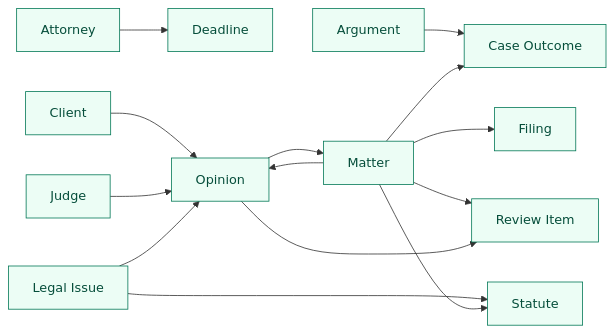
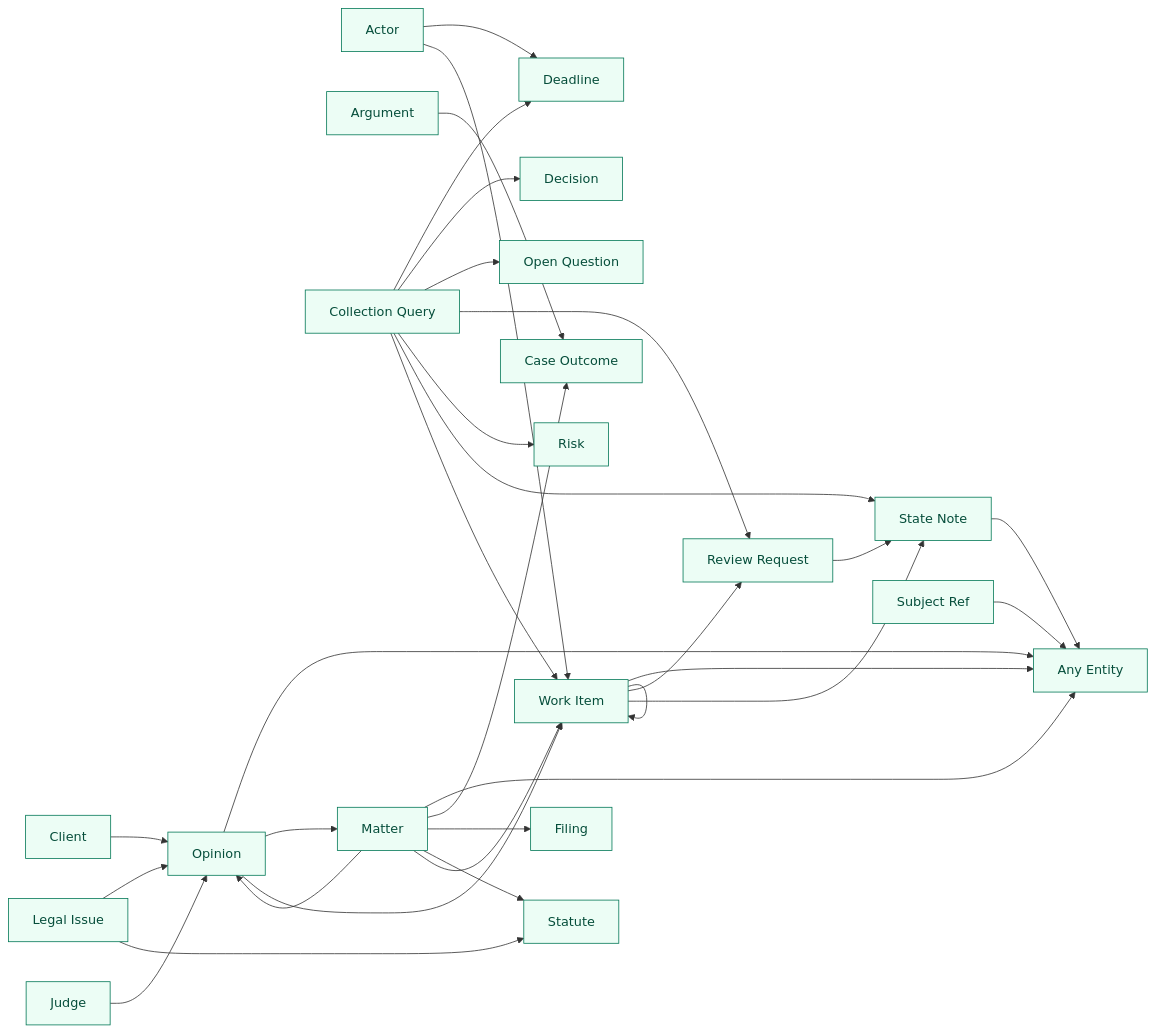
One commit to cruxible-ai/cruxible changed the third of 3 diagrams in kits/case-law-monitoring/README.md. Above: the diagram before and after it, drawn with Mermaid. The commit also changed other lines of this file and 13 other files, not shown here.

````diff
--- a/kits/case-law-monitoring/README.md
+++ b/kits/case-law-monitoring/README.md
@@ -443,31 +472,56 @@
 ```mermaid
 flowchart LR
   classDef queryEntity fill:#ecfdf5,stroke:#047857,color:#064e3b
 
+  query_entity_Actor["Actor"]
+  query_entity_AnyEntity["Any Entity"]
   query_entity_Argument["Argument"]
-  query_entity_Attorney["Attorney"]
   query_entity_CaseOutcome["Case Outcome"]
   query_entity_Client["Client"]
+  query_entity_Collection_query["Collection Query"]
   query_entity_Deadline["Deadline"]
+  query_entity_Decision["Decision"]
   query_entity_Filing["Filing"]
   query_entity_Judge["Judge"]
   query_entity_LegalIssue["Legal Issue"]
   query_entity_Matter["Matter"]
+  query_entity_OpenQuestion["Open Question"]
   query_entity_Opinion["Opinion"]
-  query_entity_ReviewItem["Review Item"]
+  query_entity_ReviewRequest["Review Request"]
+  query_entity_Risk["Risk"]
+  query_entity_StateNote["State Note"]
   query_entity_Statute["Statute"]
-  class query_entity_Argument,query_entity_Attorney,query_entity_CaseOutcome,query_entity_Client,query_entity_Deadline,query_entity_Filing,query_entity_Judge,query_entity_LegalIssue,query_entity_Matter,query_entity_Opinion,query_entity_ReviewItem,query_entity_Statute queryEntity
+  query_entity_SubjectRef["Subject Ref"]
+  query_entity_WorkItem["Work Item"]
+  class query_entity_Actor,query_entity_AnyEntity,query_entity_Argument,query_entity_CaseOutcome,query_entity_Client,query_entity_Collection_query,query_entity_Deadline,query_entity_Decision,query_entity_Filing,query_entity_Judge,query_entity_LegalIssue,query_entity_Matter,query_entity_OpenQuestion,query_entity_Opinion,query_entity_ReviewRequest,query_entity_Risk,query_entity_StateNote,query_entity_Statute,query_entity_SubjectRef,query_entity_WorkItem queryEntity
+  query_entity_Actor --> query_entity_Deadline
+  query_entity_Actor --> query_entity_WorkItem
   query_entity_Argument --> query_entity_CaseOutcome
-  query_entity_Attorney --> query_entity_Deadline
   query_entity_Client --> query_entity_Opinion
+  query_entity_Collection_query --> query_entity_Deadline
+  query_entity_Collection_query --> query_entity_Decision
+  query_entity_Collection_query --> query_entity_OpenQuestion
+  query_entity_Collection_query --> query_entity_ReviewRequest
+  query_entity_Collection_query --> query_entity_Risk
+  query_entity_Collection_query --> query_entity_StateNote
+  query_entity_Collection_query --> query_entity_WorkItem
   query_entity_Judge --> query_entity_Opinion
   query_entity_LegalIssue --> query_entity_Opinion
   query_entity_LegalIssue --> query_entity_Statute
+  query_entity_Matter --> query_entity_AnyEntity
   query_entity_Matter --> query_entity_CaseOutcome
   query_entity_Matter --> query_entity_Filing
   query_entity_Matter --> query_entity_Opinion
-  query_entity_Matter --> query_entity_ReviewItem
   query_entity_Matter --> query_entity_Statute
+  query_entity_Matter --> query_entity_WorkItem
+  query_entity_Opinion --> query_entity_AnyEntity
   query_entity_Opinion --> query_entity_Matter
-  query_entity_Opinion --> query_entity_ReviewItem
+  query_entity_Opinion --> query_entity_WorkItem
+  query_entity_ReviewRequest --> query_entity_StateNote
+  query_entity_StateNote --> query_entity_AnyEntity
+  query_entity_SubjectRef --> query_entity_AnyEntity
+  query_entity_WorkItem --> query_entity_AnyEntity
+  query_entity_WorkItem --> query_entity_ReviewRequest
+  query_entity_WorkItem --> query_entity_StateNote
+  query_entity_WorkItem --> query_entity_WorkItem
 ```
````
